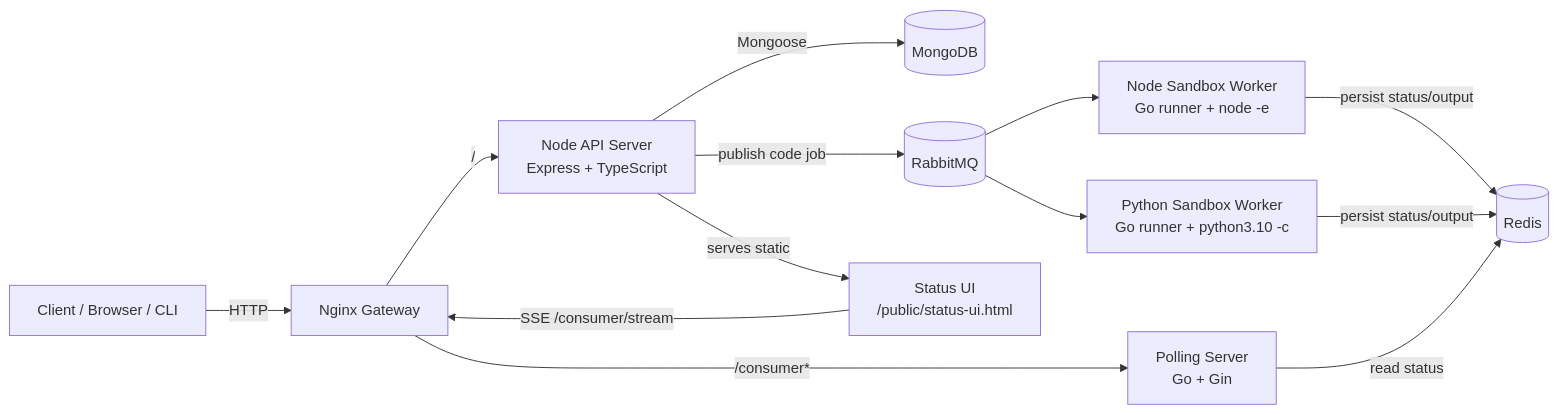
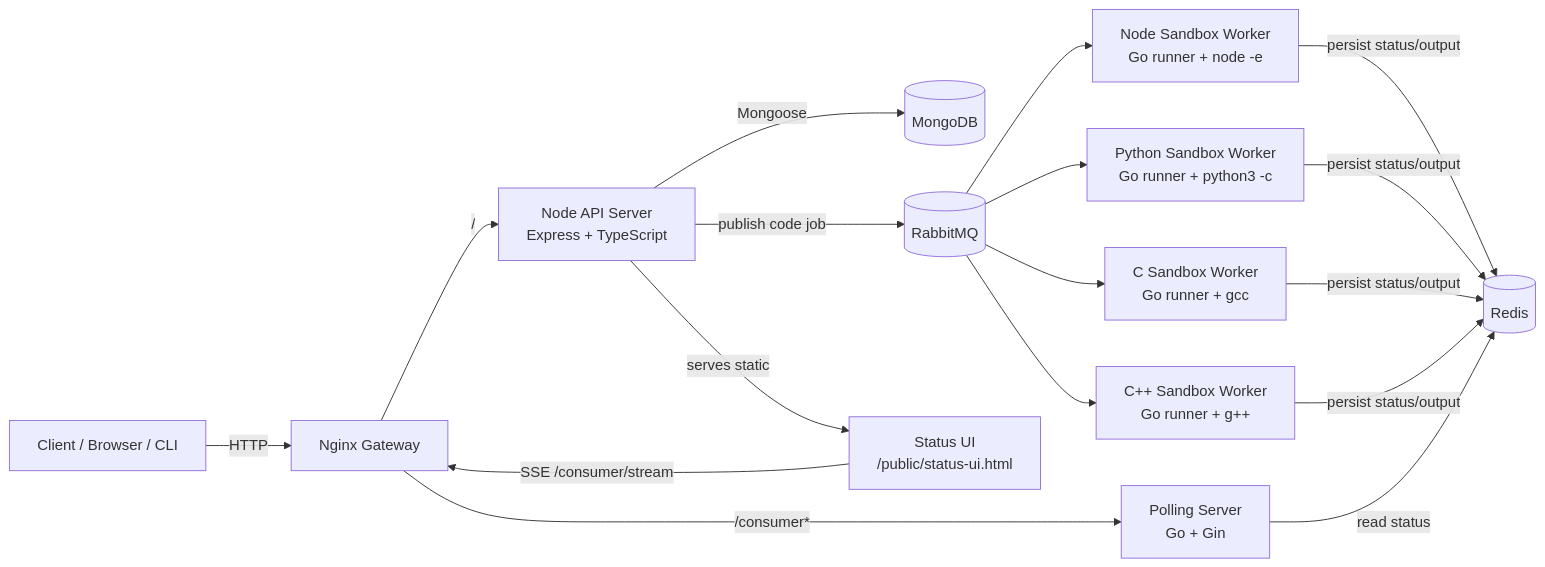
The first of 2 diagrams in README.md (priyansh32/opencodelab), drawn with Mermaid before and after one commit. The commit also changed other lines of this file and 16 other files, not shown here.

````diff
--- a/README.md
+++ b/README.md
@@ -51,26 +51,32 @@
 ```mermaid
 flowchart LR
     Client[Client / Browser / CLI]
     Nginx[Nginx Gateway]
     API[Node API Server\nExpress + TypeScript]
     Mongo[(MongoDB)]
     MQ[(RabbitMQ)]
     NodeWorker[Node Sandbox Worker\nGo runner + node -e]
-    PyWorker[Python Sandbox Worker\nGo runner + python3.10 -c]
+    PyWorker[Python Sandbox Worker\nGo runner + python3 -c]
+    CWorker[C Sandbox Worker\nGo runner + gcc]
+    CppWorker[C++ Sandbox Worker\nGo runner + g++]
     Redis[(Redis)]
     Polling[Polling Server\nGo + Gin]
     UI[Status UI\n/public/status-ui.html]
 
     Client -->|HTTP| Nginx
     Nginx -->|/| API
     Nginx -->|/consumer*| Polling
     API -->|Mongoose| Mongo
     API -->|publish code job| MQ
     MQ --> NodeWorker
     MQ --> PyWorker
+    MQ --> CWorker
+    MQ --> CppWorker
     NodeWorker -->|persist status/output| Redis
     PyWorker -->|persist status/output| Redis
+    CWorker -->|persist status/output| Redis
+    CppWorker -->|persist status/output| Redis
     Polling -->|read status| Redis
     API -->|serves static| UI
     UI -->|SSE /consumer/stream| Nginx
 ```
````
